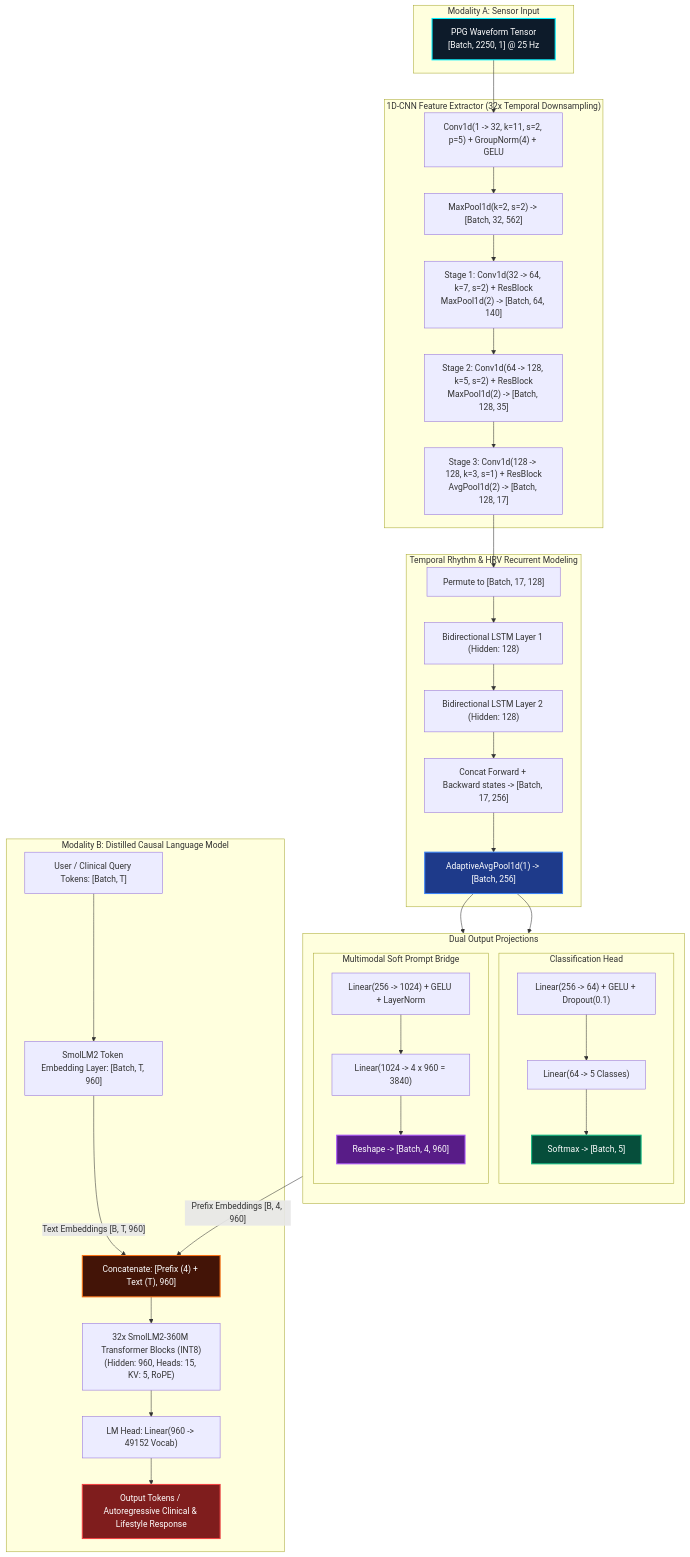
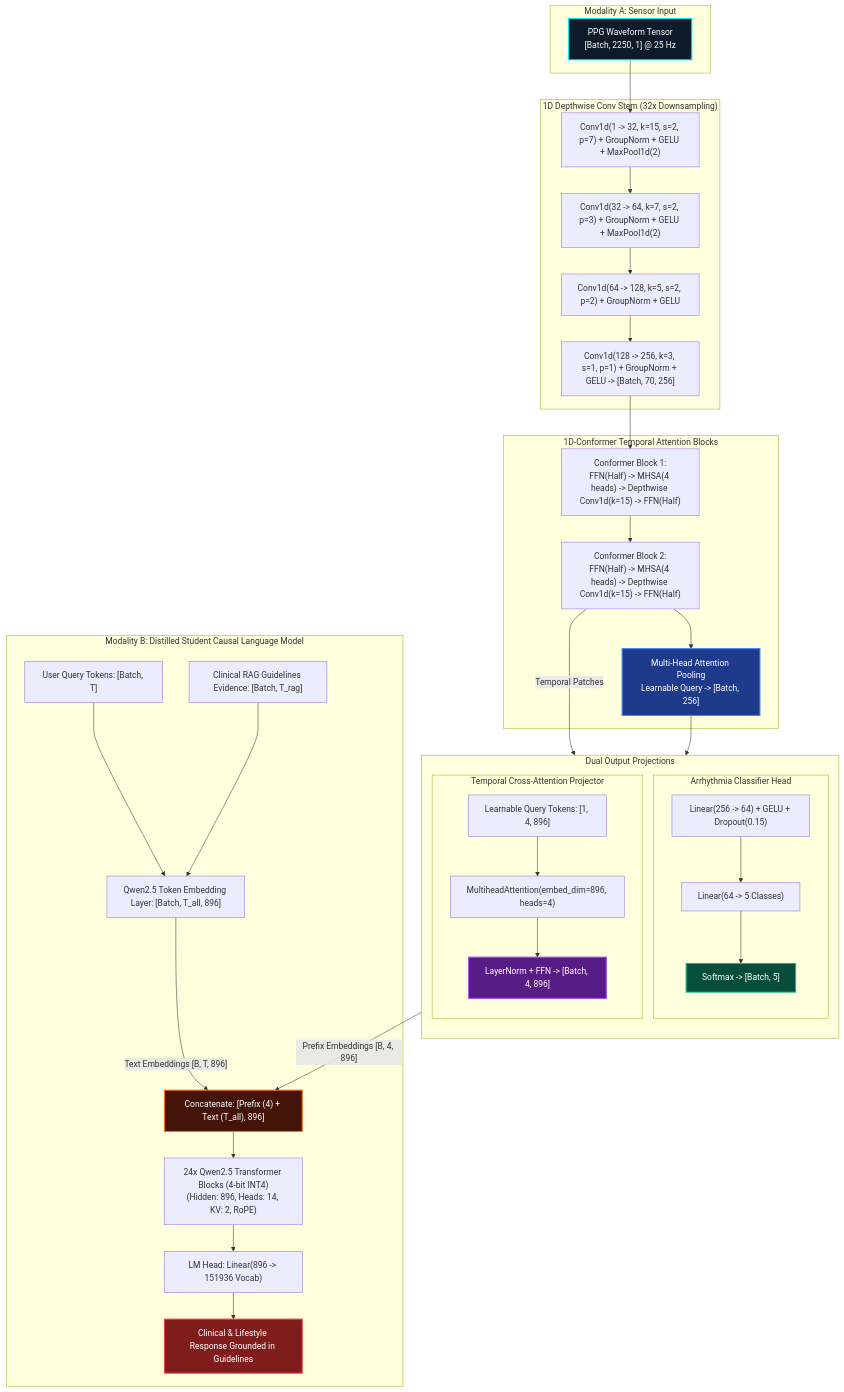
Before and after one commit to embedologist/Cardiac_MedGemma_Micro_model: the third of 4 diagrams in DOCUMENTATION.md, drawn with Mermaid. The commit also changed other lines of this file and 18 other files, not shown here.

First line of the commit message:
feat: upgrade to sub-512MB mobile architecture for iOS (Core ML) and Android (LiteRT)

````diff
--- a/DOCUMENTATION.md
+++ b/DOCUMENTATION.md
@@ -145,65 +153,65 @@
 ```mermaid
 graph TD
     subgraph INPUT["Modality A: Sensor Input"]
         RAW["PPG Waveform Tensor<br/>[Batch, 2250, 1] @ 25 Hz"]
     end
 
-    subgraph STEM["1D-CNN Feature Extractor (32x Temporal Downsampling)"]
-        CONV0["Conv1d(1 -> 32, k=11, s=2, p=5) + GroupNorm(4) + GELU"]
-        POOL0["MaxPool1d(k=2, s=2) -> [Batch, 32, 562]"]
-        
-        RES1["Stage 1: Conv1d(32 -> 64, k=7, s=2) + ResBlock<br/>MaxPool1d(2) -> [Batch, 64, 140]"]
-        RES2["Stage 2: Conv1d(64 -> 128, k=5, s=2) + ResBlock<br/>MaxPool1d(2) -> [Batch, 128, 35]"]
-        RES3["Stage 3: Conv1d(128 -> 128, k=3, s=1) + ResBlock<br/>AvgPool1d(2) -> [Batch, 128, 17]"]
+    subgraph STEM["1D Depthwise Conv Stem (32x Downsampling)"]
+        CONV0["Conv1d(1 -> 32, k=15, s=2, p=7) + GroupNorm + GELU + MaxPool1d(2)"]
+        CONV1["Conv1d(32 -> 64, k=7, s=2, p=3) + GroupNorm + GELU + MaxPool1d(2)"]
+        CONV2["Conv1d(64 -> 128, k=5, s=2, p=2) + GroupNorm + GELU"]
+        CONV3["Conv1d(128 -> 256, k=3, s=1, p=1) + GroupNorm + GELU -> [Batch, 70, 256]"]
     end
 
-    subgraph RECURRENT["Temporal Rhythm & HRV Recurrent Modeling"]
-        PERM["Permute to [Batch, 17, 128]"]
-        LSTM1["Bidirectional LSTM Layer 1 (Hidden: 128)"]
-        LSTM2["Bidirectional LSTM Layer 2 (Hidden: 128)"]
-        CAT["Concat Forward + Backward states -> [Batch, 17, 256]"]
-        POOL["AdaptiveAvgPool1d(1) -> [Batch, 256]"]
+    subgraph CONFORMER["1D-Conformer Temporal Attention Blocks"]
+        CONF1["Conformer Block 1:<br/>FFN(Half) -> MHSA(4 heads) -> Depthwise Conv1d(k=15) -> FFN(Half)"]
+        CONF2["Conformer Block 2:<br/>FFN(Half) -> MHSA(4 heads) -> Depthwise Conv1d(k=15) -> FFN(Half)"]
+        ATTN_POOL["Multi-Head Attention Pooling<br/>Learnable Query -> [Batch, 256]"]
     end
 
     subgraph HEADS["Dual Output Projections"]
         direction TB
-        subgraph CLS_BRANCH["Classification Head"]
-            FC_C1["Linear(256 -> 64) + GELU + Dropout(0.1)"]
+        subgraph CLS_BRANCH["Arrhythmia Classifier Head"]
+            FC_C1["Linear(256 -> 64) + GELU + Dropout(0.15)"]
             FC_C2["Linear(64 -> 5 Classes)"]
             SOFT["Softmax -> [Batch, 5]"]
         end
 
-        subgraph PROJ_BRANCH["Multimodal Soft Prompt Bridge"]
-            FC_P1["Linear(256 -> 1024) + GELU + LayerNorm"]
-            FC_P2["Linear(1024 -> 4 x 960 = 3840)"]
-            RESHAPE["Reshape -> [Batch, 4, 960]"]
+        subgraph PROJ_BRANCH["Temporal Cross-Attention Projector"]
+            QUERIES["Learnable Query Tokens: [1, 4, 896]"]
+            CROSS_ATTN["MultiheadAttention(embed_dim=896, heads=4)"]
+            NORM_FFN["LayerNorm + FFN -> [Batch, 4, 896]"]
         end
     end
 
-    subgraph LM_STAGE["Modality B: Distilled Causal Language Model"]
-        TEXT_IN["User / Clinical Query Tokens: [Batch, T]"]
-        EMBED["SmolLM2 Token Embedding Layer: [Batch, T, 960]"]
-        CONCAT["Concatenate: [Prefix (4) + Text (T), 960]"]
-        TRANSFORMER["32x SmolLM2-360M Transformer Blocks (INT8)<br/>(Hidden: 960, Heads: 15, KV: 5, RoPE)"]
-        HEAD["LM Head: Linear(960 -> 49152 Vocab)"]
-        OUTPUT_TEXT["Output Tokens / Autoregressive Clinical & Lifestyle Response"]
+    subgraph LM_STAGE["Modality B: Distilled Student Causal Language Model"]
+        TEXT_IN["User Query Tokens: [Batch, T]"]
+        RAG_IN["Clinical RAG Guidelines Evidence: [Batch, T_rag]"]
+        EMBED["Qwen2.5 Token Embedding Layer: [Batch, T_all, 896]"]
+        CONCAT["Concatenate: [Prefix (4) + Text (T_all), 896]"]
+        TRANSFORMER["24x Qwen2.5 Transformer Blocks (4-bit INT4)<br/>(Hidden: 896, Heads: 14, KV: 2, RoPE)"]
+        HEAD["LM Head: Linear(896 -> 151936 Vocab)"]
+        OUTPUT_TEXT["Clinical & Lifestyle Response Grounded in Guidelines"]
     end
 
-    RAW --> CONV0 --> POOL0 --> RES1 --> RES2 --> RES3
-    RES3 --> PERM --> LSTM1 --> LSTM2 --> CAT --> POOL
+    RAW --> CONV0 --> CONV1 --> CONV2 --> CONV3
+    CONV3 --> CONF1 --> CONF2
+    CONF2 --> ATTN_POOL
+    CONF2 -->|"Temporal Patches"| CROSS_ATTN
     
-    POOL --> FC_C1 --> FC_C2 --> SOFT
-    POOL --> FC_P1 --> FC_P2 --> RESHAPE
+    ATTN_POOL --> FC_C1 --> FC_C2 --> SOFT
+    QUERIES --> CROSS_ATTN --> NORM_FFN
     
     TEXT_IN --> EMBED
-    RESHAPE -->|"Prefix Embeddings [B, 4, 960]"| CONCAT
-    EMBED -->|"Text Embeddings [B, T, 960]"| CONCAT
+    RAG_IN --> EMBED
+    NORM_FFN -->|"Prefix Embeddings [B, 4, 896]"| CONCAT
+    EMBED -->|"Text Embeddings [B, T, 896]"| CONCAT
     CONCAT --> TRANSFORMER --> HEAD --> OUTPUT_TEXT
 
     style RAW fill:#0d1b2a,stroke:#00f0ff,stroke-width:2px,color:#fff
-    style POOL fill:#1e3a8a,stroke:#3b82f6,stroke-width:2px,color:#fff
+    style ATTN_POOL fill:#1e3a8a,stroke:#3b82f6,stroke-width:2px,color:#fff
     style SOFT fill:#064e3b,stroke:#10b981,stroke-width:2px,color:#fff
-    style RESHAPE fill:#581c87,stroke:#a855f7,stroke-width:2px,color:#fff
+    style NORM_FFN fill:#581c87,stroke:#a855f7,stroke-width:2px,color:#fff
     style CONCAT fill:#431407,stroke:#f97316,stroke-width:2px,color:#fff
     style OUTPUT_TEXT fill:#7f1d1d,stroke:#ef4444,stroke-width:2px,color:#fff
 ```
````
